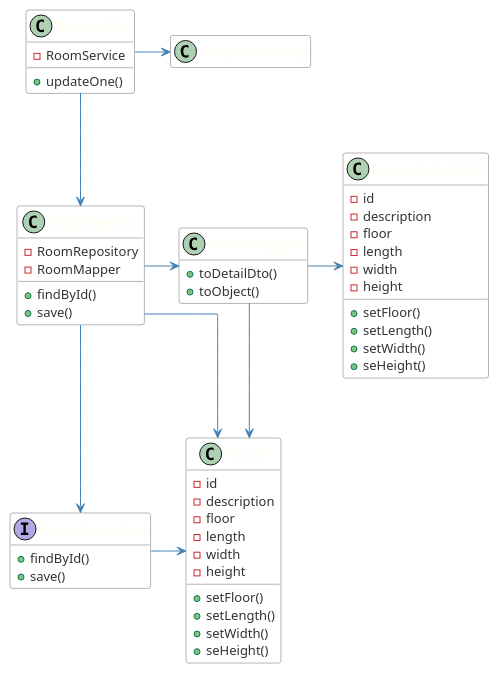
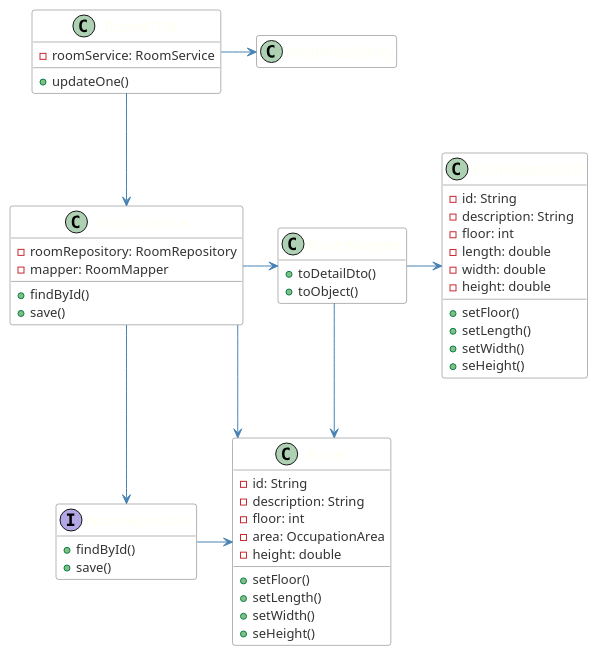
Before and after one commit to emanuel-pereira/hou: the diagram in src/main/java/smarthome/controller/rest/classDiagrams/cd_EditRoom.puml, drawn with PlantUML.

Commit message:
Fix #251 : Corrected class diagram for US109

```diff
--- a/src/main/java/smarthome/controller/rest/classDiagrams/cd_EditRoom.puml
+++ b/src/main/java/smarthome/controller/rest/classDiagrams/cd_EditRoom.puml
@@ -1,82 +1,80 @@
 @startuml
 skinparam linetype ortho
 hide empty members
 
 skinparam class {
 	ArrowColor SteelBlue
 	BorderColor Dimgray
 	HeaderBackgroundColor SteelBlue
 	BackgroundColor White
 	FontName Calibri bold
 	AttributeFontColor #333
 	AttributeFontName Calibri
 	AttributeFontSize 13
 	FontColor Ivory
 	FontSize 15
 }
 
 class RoomCTRL{
-- RoomService
+- roomService: RoomService
 + updateOne()
 }
 
 class RoomService{
-- RoomRepository
-- RoomMapper
+- roomRepository: RoomRepository
+- mapper: RoomMapper
 
 + findById()
 + save()
 }
 
 class RoomMapper {
 + toDetailDto()
 + toObject()
 }
 
 Interface RoomRepository{
 
 + findById()
 + save()
 
 }
 
 class Room{
-- id
-- description
-- floor
-- length
-- width
-- height
-
+- id: String
+- description: String
+- floor: int
+- area: OccupationArea
+- height: double
 + setFloor()
 + setLength()
 + setWidth()
 + seHeight()
 }
 
 class RoomDetailDTO{
-- id
-- description
-- floor
-- length
-- width
-- height
+- id: String
+- description: String
+- floor: int
+- length: double
+- width: double
+- height: double
 
 + setFloor()
 + setLength()
 + setWidth()
 + seHeight()
 
 }
 
 RoomCTRL --> RoomService
 RoomCTRL -> ResponseEntity
 RoomService -> RoomMapper
 RoomService -> Room
 RoomMapper -> RoomDetailDTO
 RoomMapper --> Room
 RoomService --> RoomRepository
 RoomRepository -> Room
 
 
 @enduml
```
